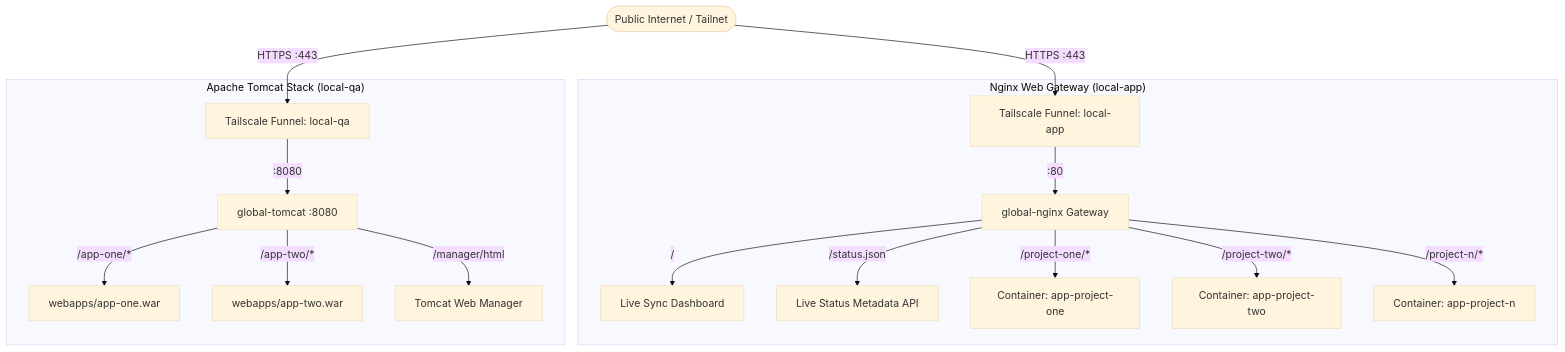
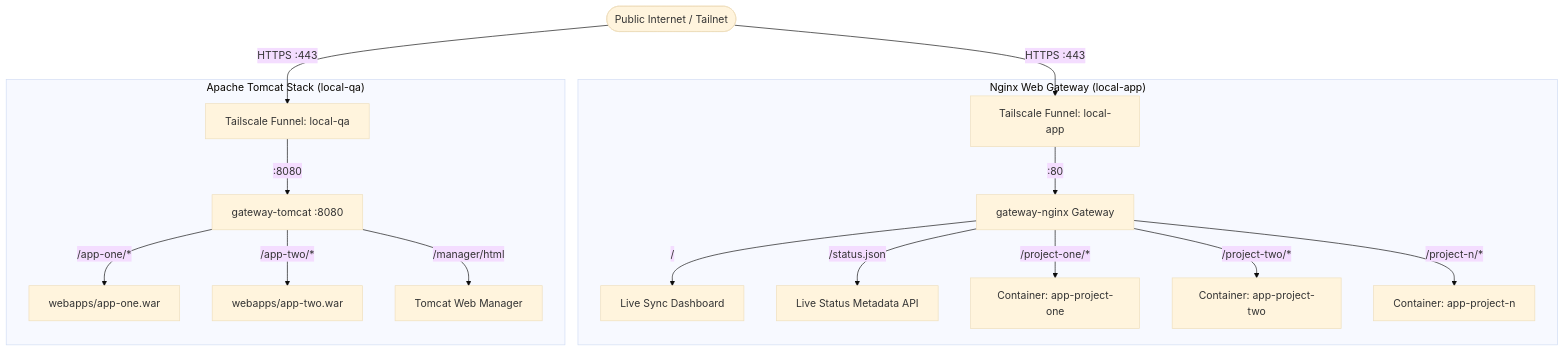
Before and after one commit to ChhunKuySreng/docker-gateway: the diagram in README.md, drawn with Mermaid (base theme). The commit also changed other lines of this file and 5 other files, not shown here.

Commit message:
chore: rename running containers to gateway-nginx and gateway-tomcat

````diff
--- a/README.md
+++ b/README.md
@@ -14,21 +14,21 @@
 ```mermaid
 flowchart TD
     User(["Public Internet / Tailnet"]) -->|"HTTPS :443"| TS_APP["Tailscale Funnel: local-app"]
     User -->|"HTTPS :443"| TS_QA["Tailscale Funnel: local-qa"]
 
     subgraph "Nginx Web Gateway (local-app)"
-        TS_APP -->|":80"| MainNginx["global-nginx Gateway"]
+        TS_APP -->|":80"| MainNginx["gateway-nginx Gateway"]
         MainNginx -->|"/"| Dashboard["Live Sync Dashboard"]
         MainNginx -->|"/status.json"| StatusAPI["Live Status Metadata API"]
         MainNginx -->|"/project-one/*"| App1["Container: app-project-one"]
         MainNginx -->|"/project-two/*"| App2["Container: app-project-two"]
         MainNginx -->|"/project-n/*"| AppN["Container: app-project-n"]
     end
 
     subgraph "Apache Tomcat Stack (local-qa)"
-        TS_QA -->|":8080"| TomcatServer["global-tomcat :8080"]
+        TS_QA -->|":8080"| TomcatServer["gateway-tomcat :8080"]
         TomcatServer -->|"/app-one/*"| War1["webapps/app-one.war"]
         TomcatServer -->|"/app-two/*"| War2["webapps/app-two.war"]
         TomcatServer -->|"/manager/html"| Manager["Tomcat Web Manager"]
     end
 ```
````
